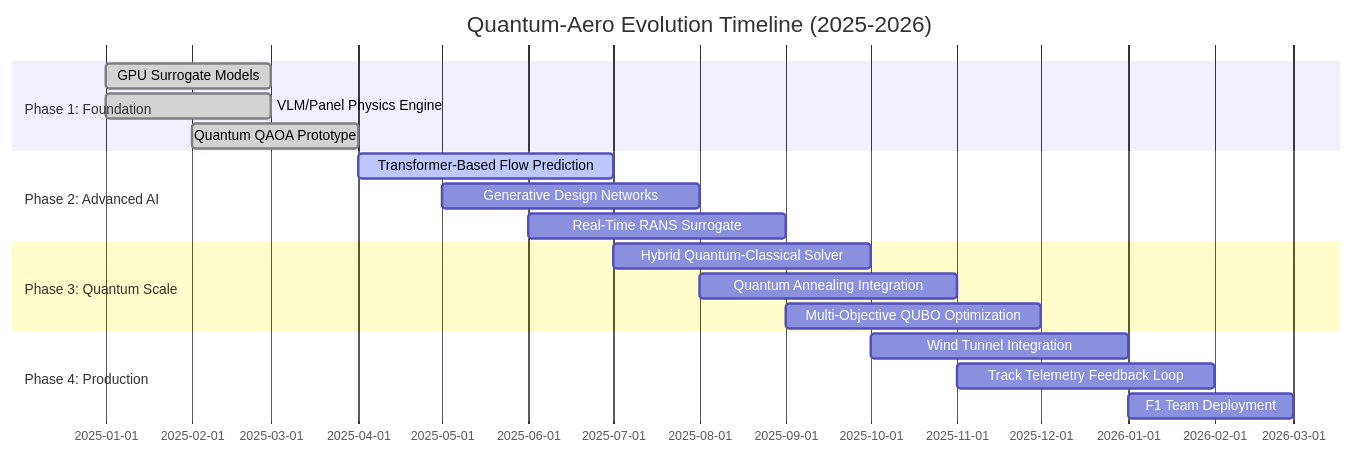
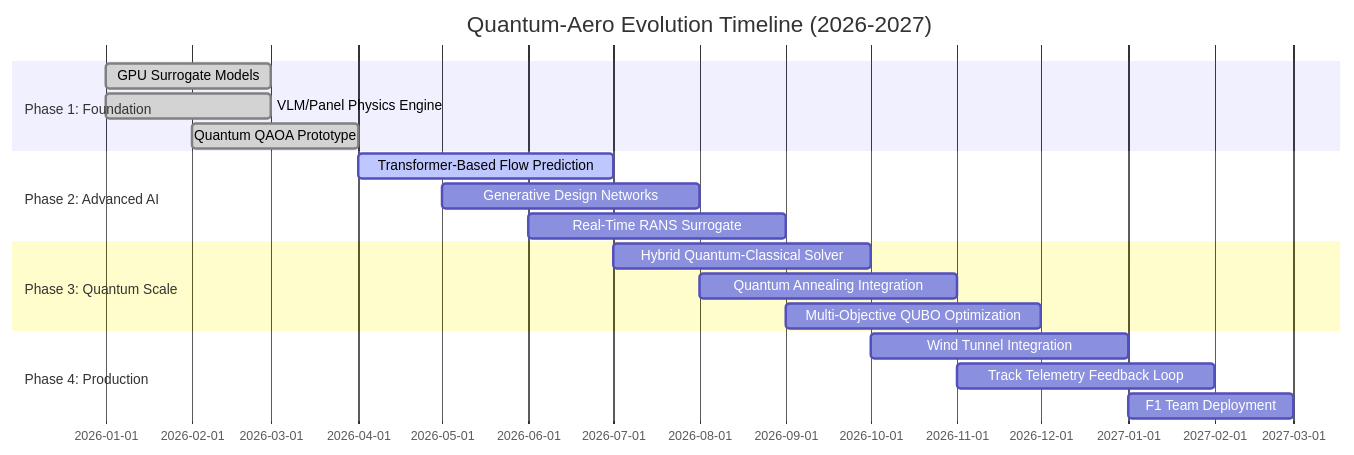
One commit to rjamoriz/Quantum-Aero-F1-Prototype changed the first of 5 diagrams in Genius_Evolution.md. Above: the diagram before and after it, drawn with Mermaid. The commit also changed other lines of this file, not shown here.

Commit message:
Update roadmap timeline from 2025 to 2026-2027

````diff
--- a/Genius_Evolution.md
+++ b/Genius_Evolution.md
@@ -11,24 +11,24 @@
 ```mermaid
 gantt
-    title Quantum-Aero Evolution Timeline (2025-2026)
+    title Quantum-Aero Evolution Timeline (2026-2027)
     dateFormat YYYY-MM
     section Phase 1: Foundation
-    GPU Surrogate Models           :done, p1a, 2025-01, 2025-03
-    VLM/Panel Physics Engine       :done, p1b, 2025-01, 2025-03
-    Quantum QAOA Prototype         :done, p1c, 2025-02, 2025-04
+    GPU Surrogate Models           :done, p1a, 2026-01, 2026-03
+    VLM/Panel Physics Engine       :done, p1b, 2026-01, 2026-03
+    Quantum QAOA Prototype         :done, p1c, 2026-02, 2026-04
     
     section Phase 2: Advanced AI
-    Transformer-Based Flow Prediction :active, p2a, 2025-04, 2025-07
-    Generative Design Networks        :p2b, 2025-05, 2025-08
-    Real-Time RANS Surrogate          :p2c, 2025-06, 2025-09
+    Transformer-Based Flow Prediction :active, p2a, 2026-04, 2026-07
+    Generative Design Networks        :p2b, 2026-05, 2026-08
+    Real-Time RANS Surrogate          :p2c, 2026-06, 2026-09
     
     section Phase 3: Quantum Scale
-    Hybrid Quantum-Classical Solver   :p3a, 2025-07, 2025-10
-    Quantum Annealing Integration     :p3b, 2025-08, 2025-11
-    Multi-Objective QUBO Optimization :p3c, 2025-09, 2025-12
+    Hybrid Quantum-Classical Solver   :p3a, 2026-07, 2026-10
+    Quantum Annealing Integration     :p3b, 2026-08, 2026-11
+    Multi-Objective QUBO Optimization :p3c, 2026-09, 2026-12
     
     section Phase 4: Production
-    Wind Tunnel Integration           :p4a, 2025-10, 2026-01
-    Track Telemetry Feedback Loop     :p4b, 2025-11, 2026-02
-    F1 Team Deployment                :p4c, 2026-01, 2026-03
+    Wind Tunnel Integration           :p4a, 2026-10, 2027-01
+    Track Telemetry Feedback Loop     :p4b, 2026-11, 2027-02
+    F1 Team Deployment                :p4c, 2027-01, 2027-03
 ```
````
